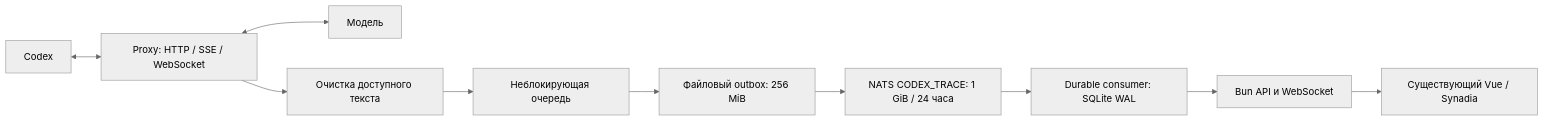
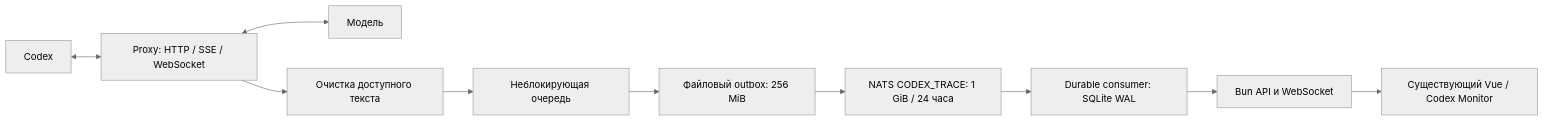
One commit to komaroffsergei/nats-synadia-dev changed the diagram in docs/PROXY-MONITOR.md. Above: the diagram before and after it, drawn with Mermaid (neutral theme). The commit also changed other lines of this file and 50 other files, not shown here.

Commit message:
Replace Synadia agent protocol with standalone Codex Monitor over NATS

````diff
--- a/docs/PROXY-MONITOR.md
+++ b/docs/PROXY-MONITOR.md
@@ -5,12 +5,12 @@
 ```mermaid
 flowchart LR
   C[Codex] <--> P[Proxy: HTTP / SSE / WebSocket]
   P <--> M[Модель]
   P --> R[Очистка доступного текста]
   R --> Q[Неблокирующая очередь]
   Q --> O[Файловый outbox: 256 MiB]
   O --> J[NATS CODEX_TRACE: 1 GiB / 24 часа]
   J --> B[Durable consumer: SQLite WAL]
   B --> A[Bun API и WebSocket]
-  A --> V[Существующий Vue / Synadia]
+  A --> V[Существующий Vue / Codex Monitor]
 ```
````
